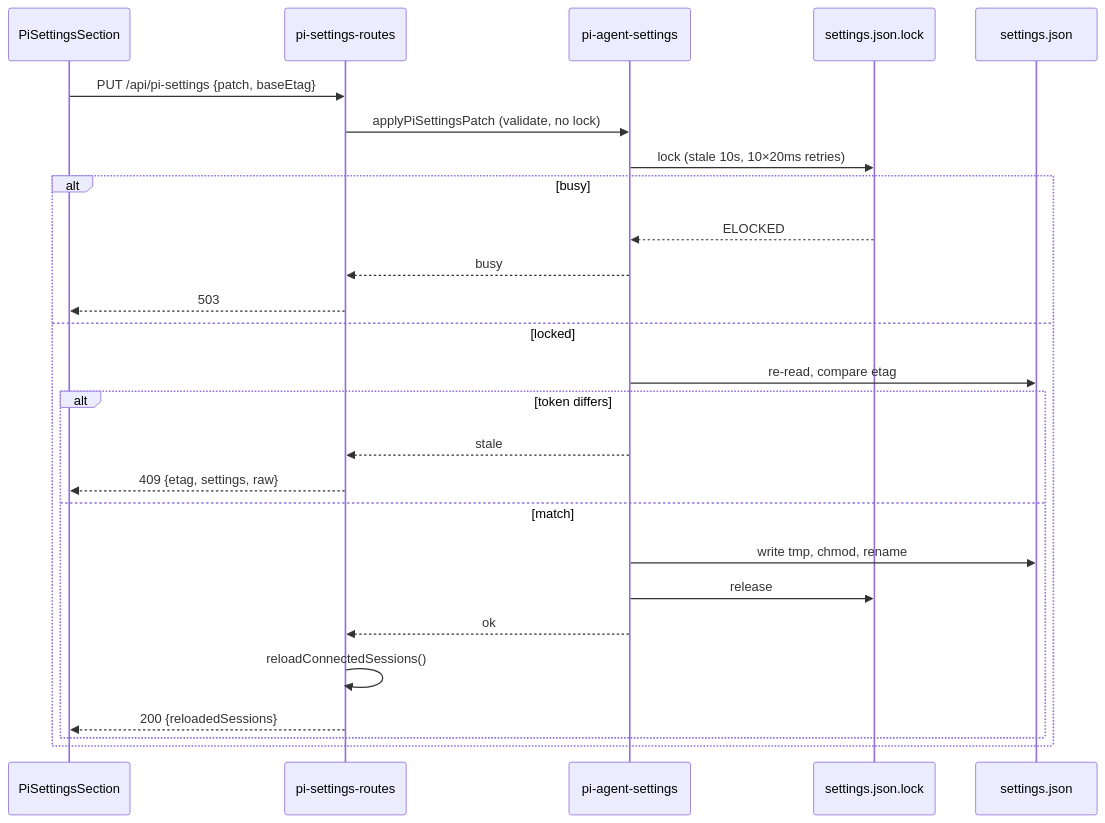
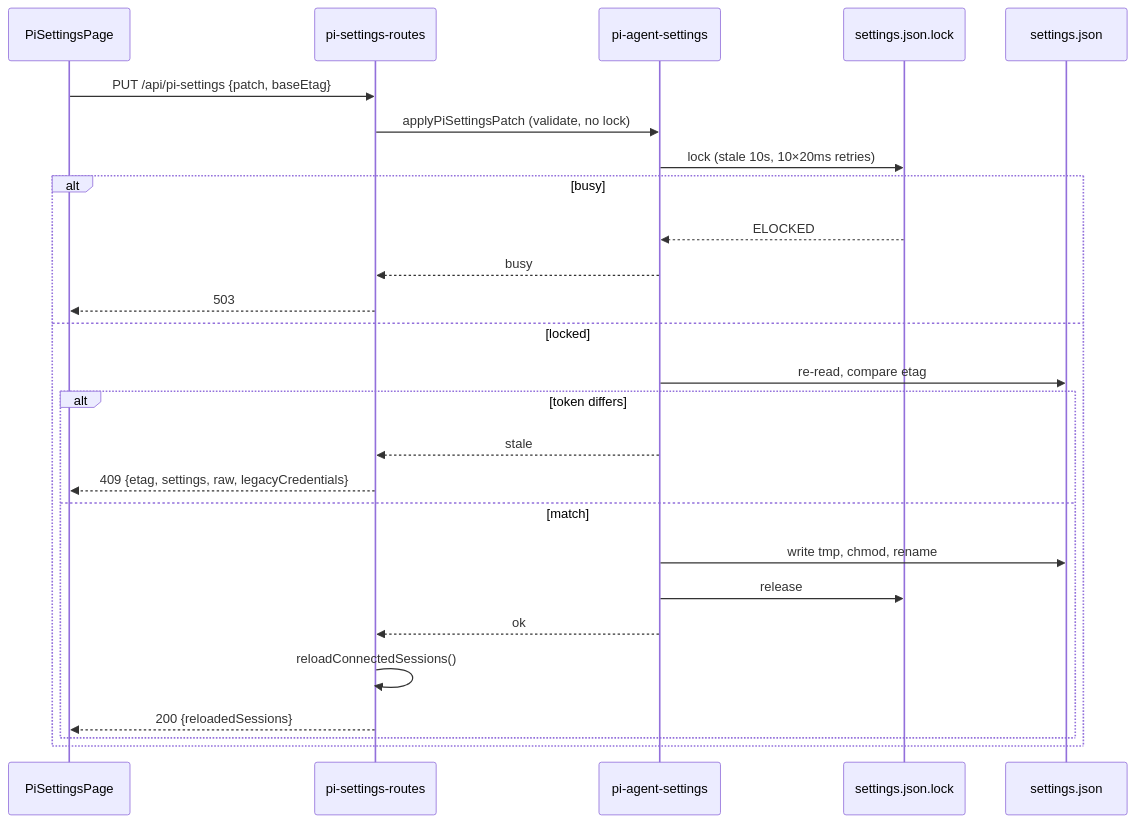
The first of 2 diagrams in docs/pi-settings-editor.md (BlackBeltTechnology/pi-agent-dashboard), drawn with Mermaid before and after one commit. The commit also changed other lines of this file and 53 other files, not shown here.

First line of the commit message:
feat(pi-settings): dedicated pi settings page covering every typed pi key

````diff
--- a/docs/pi-settings-editor.md
+++ b/docs/pi-settings-editor.md
@@ -74,28 +108,28 @@
 ```mermaid
 sequenceDiagram
-  participant UI as PiSettingsSection
+  participant UI as PiSettingsPage
   participant R as pi-settings-routes
   participant E as pi-agent-settings
   participant L as settings.json.lock
   participant F as settings.json
   UI->>R: PUT /api/pi-settings {patch, baseEtag}
   R->>E: applyPiSettingsPatch (validate, no lock)
   E->>L: lock (stale 10s, 10×20ms retries)
   alt busy
     L-->>E: ELOCKED
     E-->>R: busy
     R-->>UI: 503
   else locked
     E->>F: re-read, compare etag
     alt token differs
       E-->>R: stale
-      R-->>UI: 409 {etag, settings, raw}
+      R-->>UI: 409 {etag, settings, raw, legacyCredentials}
     else match
       E->>F: write tmp, chmod, rename
       E->>L: release
       E-->>R: ok
       R->>R: reloadConnectedSessions()
       R-->>UI: 200 {reloadedSessions}
     end
   end
 ```
````
